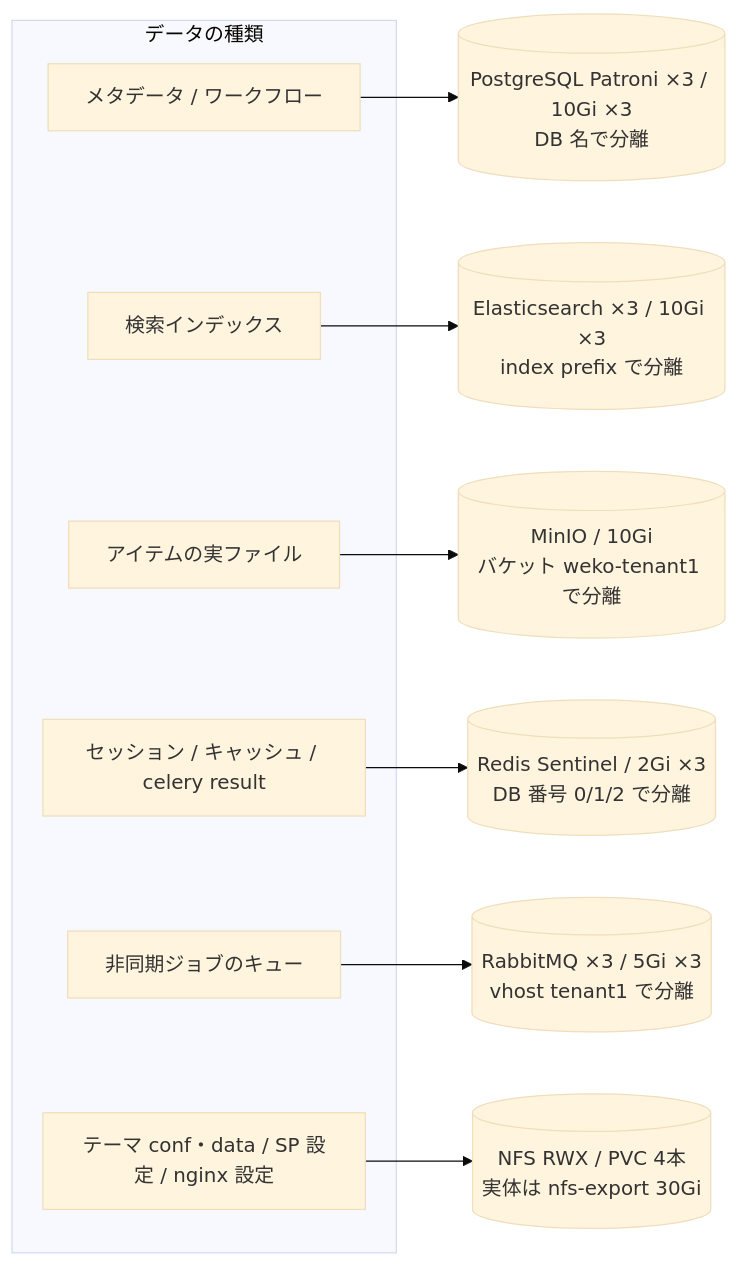
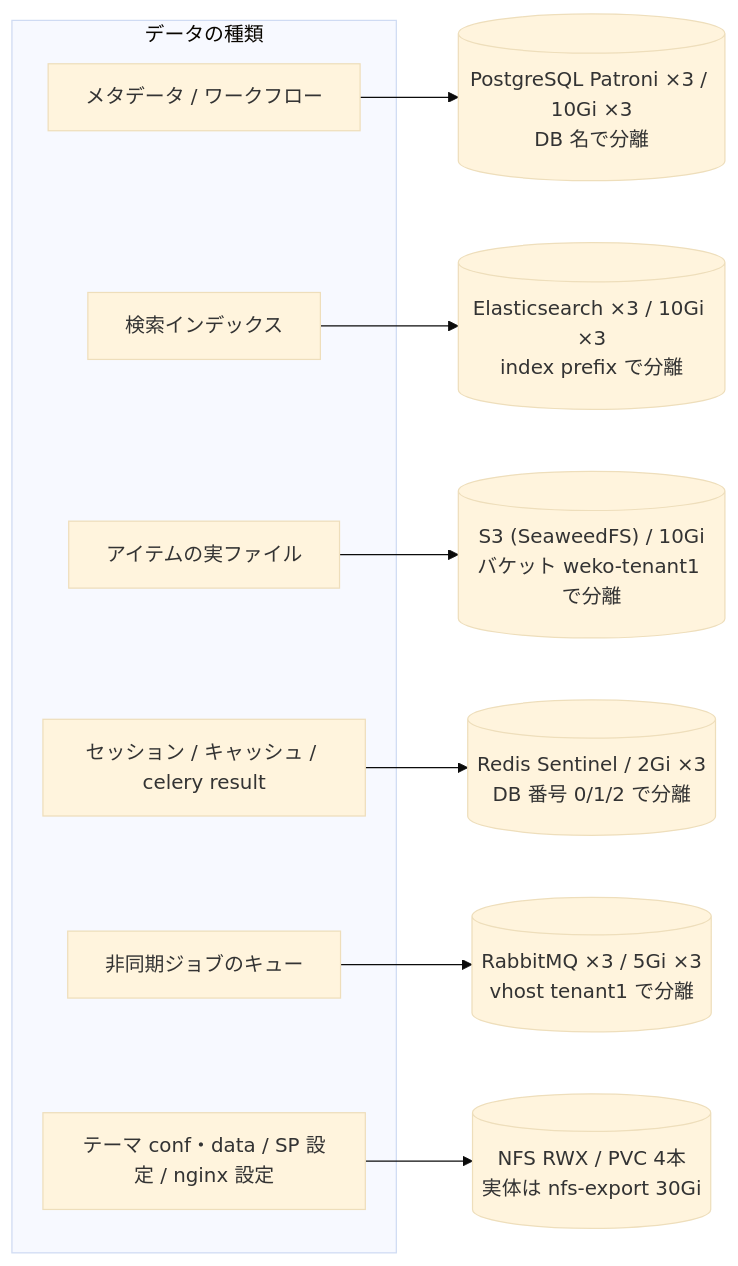
One commit to RCOSDP/weko-workshop changed the fourth of 4 diagrams in weko-k8s-sample/k8s-weko/README-arm64.md. Above: the diagram before and after it, drawn with Mermaid (base theme). The commit also changed other lines of this file and 44 other files, not shown here.

````diff
--- a/weko-k8s-sample/k8s-weko/README-arm64.md
+++ b/weko-k8s-sample/k8s-weko/README-arm64.md
@@ -475,25 +504,25 @@
 ```mermaid
 flowchart LR
   subgraph kind["データの種類"]
     meta["メタデータ / ワークフロー"]
     idx["検索インデックス"]
     file["アイテムの実ファイル"]
     sess["セッション / キャッシュ / celery result"]
     job["非同期ジョブのキュー"]
     conf["テーマ conf・data / SP 設定 / nginx 設定"]
   end
 
   pg[("PostgreSQL Patroni ×3 / 10Gi ×3<br/>DB 名で分離")]
   es[("Elasticsearch ×3 / 10Gi ×3<br/>index prefix で分離")]
-  minio[("MinIO / 10Gi<br/>バケット weko-tenant1 で分離")]
+  s3[("S3 (SeaweedFS) / 10Gi<br/>バケット weko-tenant1 で分離")]
   redis[("Redis Sentinel / 2Gi ×3<br/>DB 番号 0/1/2 で分離")]
   mq[("RabbitMQ ×3 / 5Gi ×3<br/>vhost tenant1 で分離")]
   nfs[("NFS RWX / PVC 4本<br/>実体は nfs-export 30Gi")]
 
   meta --> pg
   idx --> es
-  file --> minio
+  file --> s3
   sess --> redis
   job --> mq
   conf --> nfs
 ```
````
